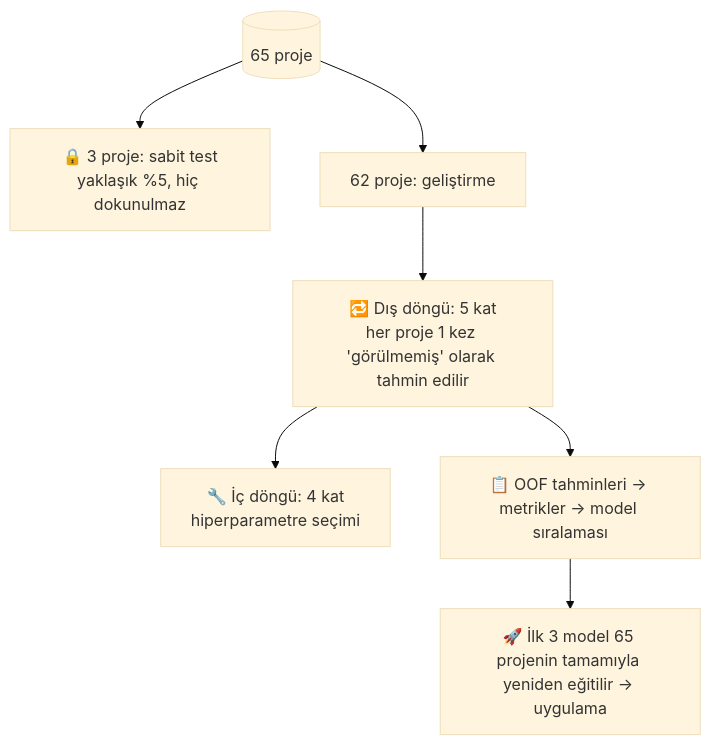
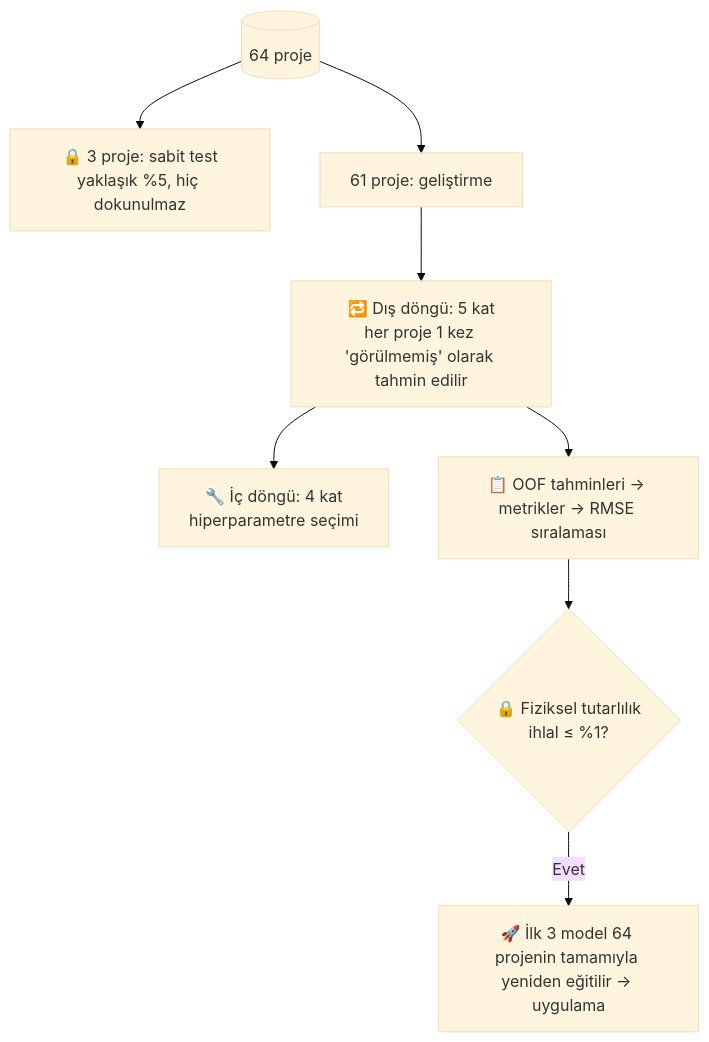
The second of 2 diagrams in README.md (furkanatlan/ihale_tahmin), drawn with Mermaid (base theme) before and after one commit. The commit also changed other lines of this file and 72 other files, not shown here.

````diff
--- a/README.md
+++ b/README.md
@@ -124,9 +156,10 @@
 ```mermaid
 flowchart TB
-    D[(65 proje)] --> H[🔒 3 proje: sabit test<br/>yaklaşık %5, hiç dokunulmaz]
-    D --> T[62 proje: geliştirme]
+    D[(64 proje)] --> H[🔒 3 proje: sabit test<br/>yaklaşık %5, hiç dokunulmaz]
+    D --> T[61 proje: geliştirme]
     T --> O[🔁 Dış döngü: 5 kat<br/>her proje 1 kez 'görülmemiş' olarak tahmin edilir]
     O --> I[🔧 İç döngü: 4 kat<br/>hiperparametre seçimi]
-    O --> R[📋 OOF tahminleri → metrikler → model sıralaması]
-    R --> F[🚀 İlk 3 model 65 projenin tamamıyla yeniden eğitilir → uygulama]
+    O --> R[📋 OOF tahminleri → metrikler → RMSE sıralaması]
+    R --> M{🔒 Fiziksel tutarlılık<br/>ihlal ≤ %1?}
+    M -- Evet --> F[🚀 İlk 3 model 64 projenin tamamıyla yeniden eğitilir → uygulama]
 ```
````
